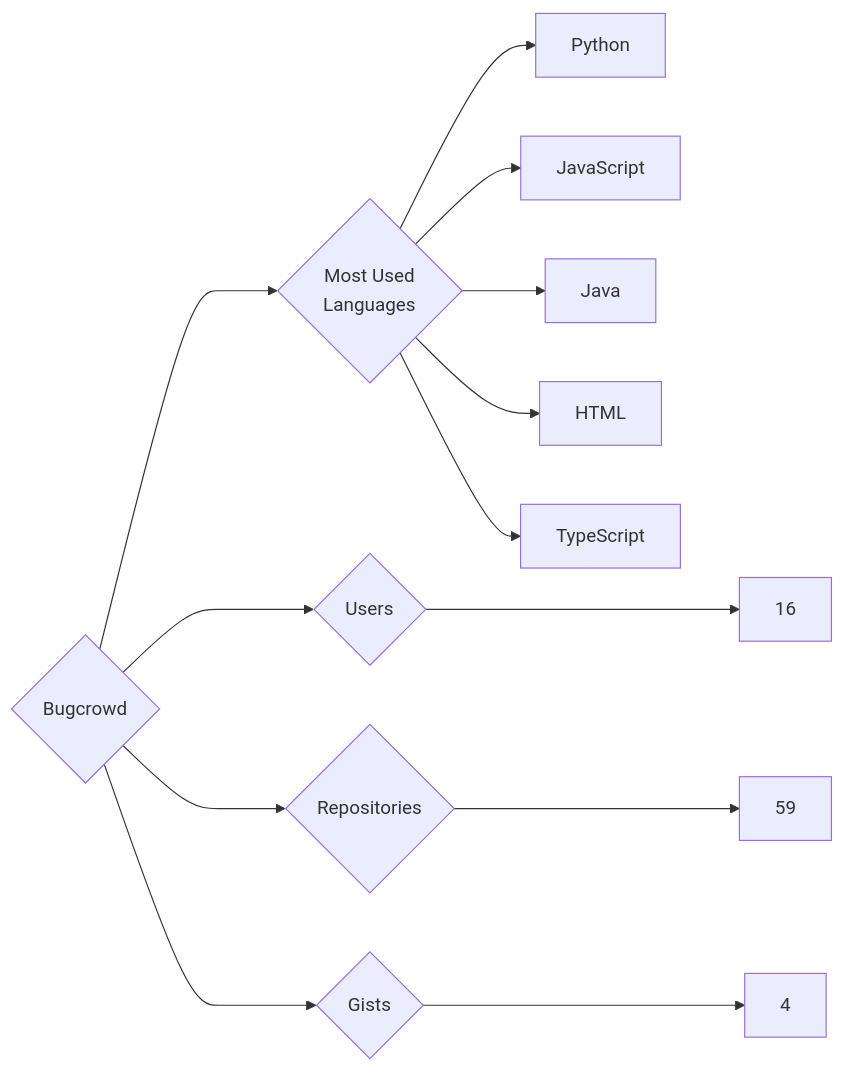
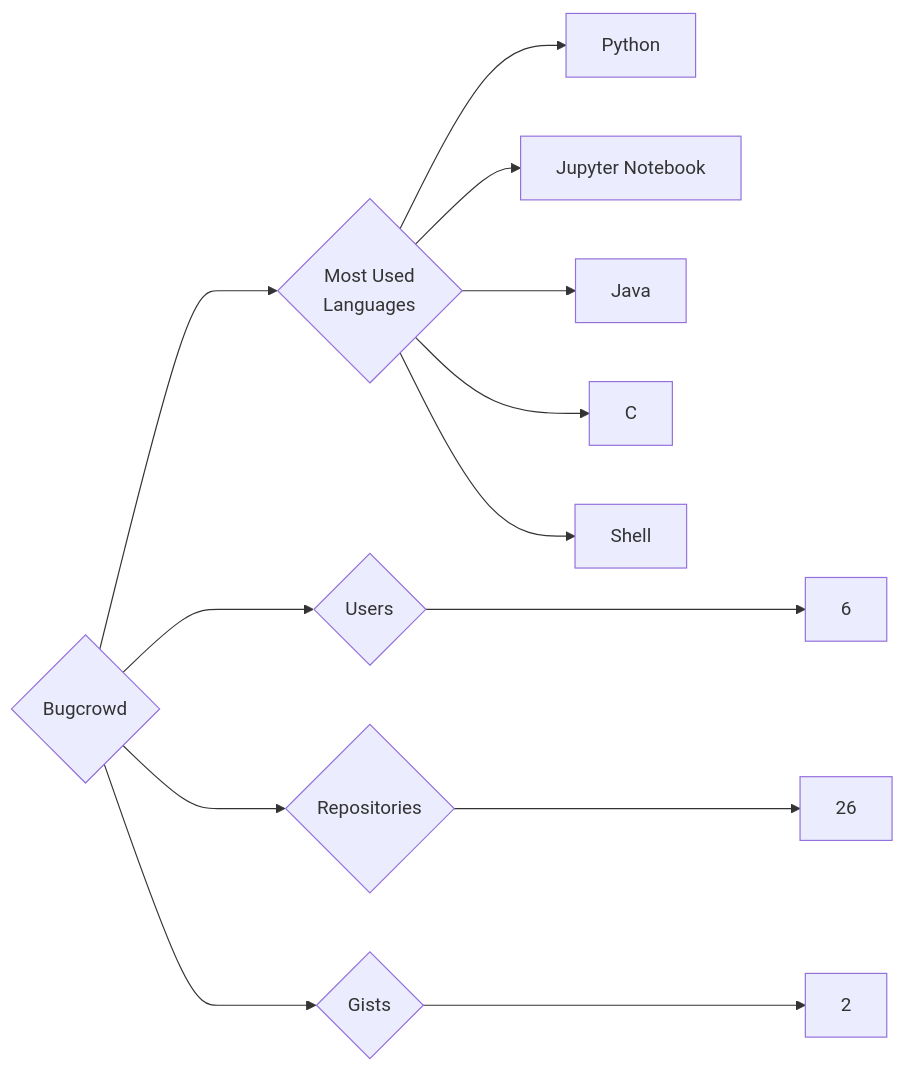
Before and after one commit to trickest/insiders: the diagram in targets/Bugcrowd/README.md, drawn with Mermaid. The commit also changed 1170 other files, not shown here.

````diff
--- a/targets/Bugcrowd/README.md
+++ b/targets/Bugcrowd/README.md
@@ -3,13 +3,13 @@
 ```mermaid
 graph LR
 COMPANY_NAME{Bugcrowd}
-COMPANY_NAME ---> U{Users} ---> UN[16]
-COMPANY_NAME ---> R{Repositories} ---> RN[59]
-COMPANY_NAME ---> G{Gists} ---> GN[4]
+COMPANY_NAME ---> U{Users} ---> UN[6]
+COMPANY_NAME ---> R{Repositories} ---> RN[26]
+COMPANY_NAME ---> G{Gists} ---> GN[2]
 COMPANY_NAME ---> ML{Most Used<br>Languages}
 ML --> Python[Python]
-ML --> JavaScript[JavaScript]
+ML --> Jupyter_Notebook[Jupyter Notebook]
 ML --> Java[Java]
-ML --> HTML[HTML]
-ML --> TypeScript[TypeScript]
+ML --> C[C]
+ML --> Shell[Shell]
 ```
````
